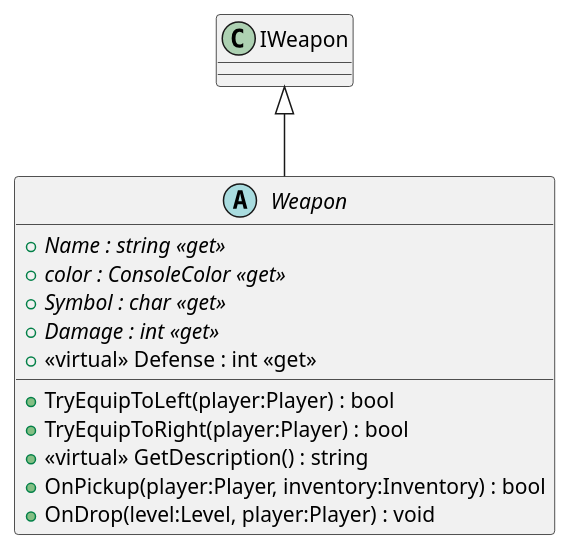
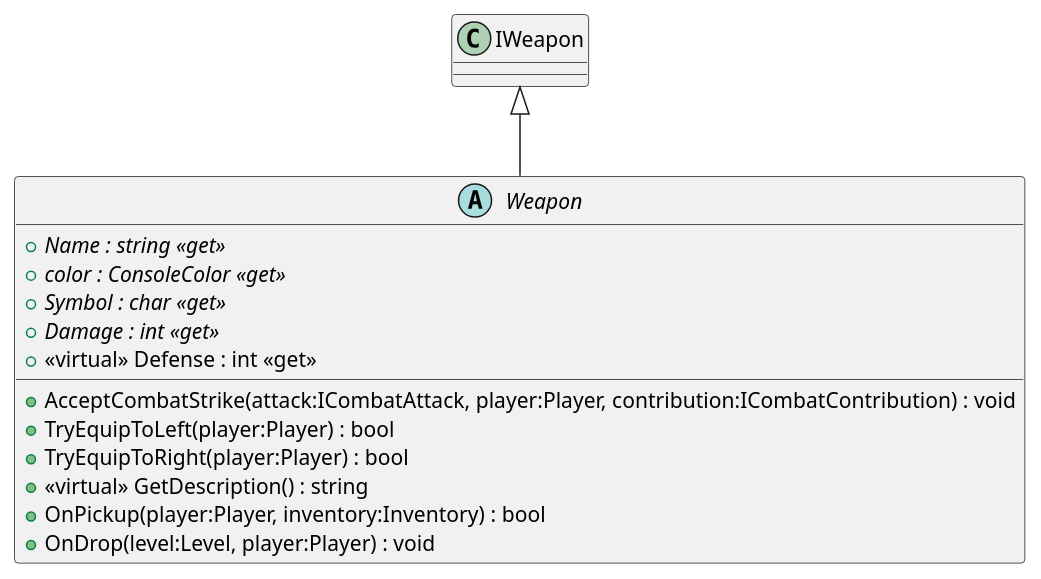
One commit to hriday111/RPG-game changed the diagram in diagrams/plantuml/items/Weapons.puml. Above: the diagram before and after it, drawn with PlantUML. The commit also changed 15 other files, not shown here.

```diff
--- a/diagrams/plantuml/items/Weapons.puml
+++ b/diagrams/plantuml/items/Weapons.puml
@@ -1,15 +1,16 @@
 @startuml
 abstract class Weapon {
     + {abstract} Name : string <<get>>
     + {abstract} color : ConsoleColor <<get>>
     + {abstract} Symbol : char <<get>>
     + {abstract} Damage : int <<get>>
     + <<virtual>> Defense : int <<get>>
+    + AcceptCombatStrike(attack:ICombatAttack, player:Player, contribution:ICombatContribution) : void
     + TryEquipToLeft(player:Player) : bool
     + TryEquipToRight(player:Player) : bool
     + <<virtual>> GetDescription() : string
     + OnPickup(player:Player, inventory:Inventory) : bool
     + OnDrop(level:Level, player:Player) : void
 }
 IWeapon <|-- Weapon
 @enduml
```
